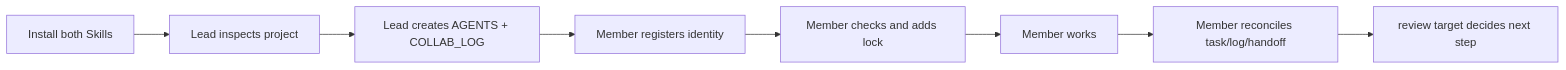
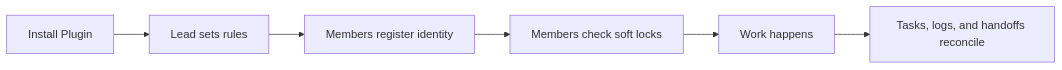
One commit to Gary06868/remote-agent-collaboration-skills changed the diagram in README.md. Above: the diagram before and after it, drawn with Mermaid. The commit also changed other lines of this file and 26 other files, not shown here.

Commit message:
Add Codex Plugin distribution for Lite Skills

````diff
--- a/README.md
+++ b/README.md
@@ -24,10 +27,8 @@
 ```mermaid
 flowchart LR
-  A["Install both Skills"] --> B["Lead inspects project"]
-  B --> C["Lead creates AGENTS + COLLAB_LOG"]
-  C --> D["Member registers identity"]
-  D --> E["Member checks and adds lock"]
-  E --> F["Member works"]
-  F --> G["Member reconciles task/log/handoff"]
-  G --> H["review target decides next step"]
+  A["Install Plugin"] --> B["Lead sets rules"]
+  B --> C["Members register identity"]
+  C --> D["Members check soft locks"]
+  D --> E["Work happens"]
+  E --> F["Tasks, logs, and handoffs reconcile"]
 ```
````
